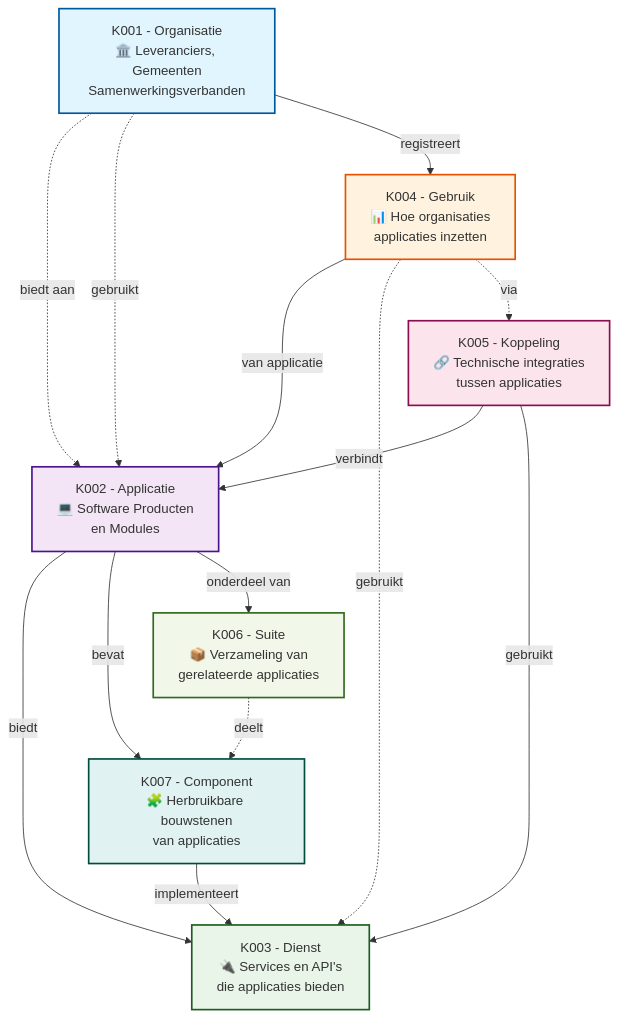
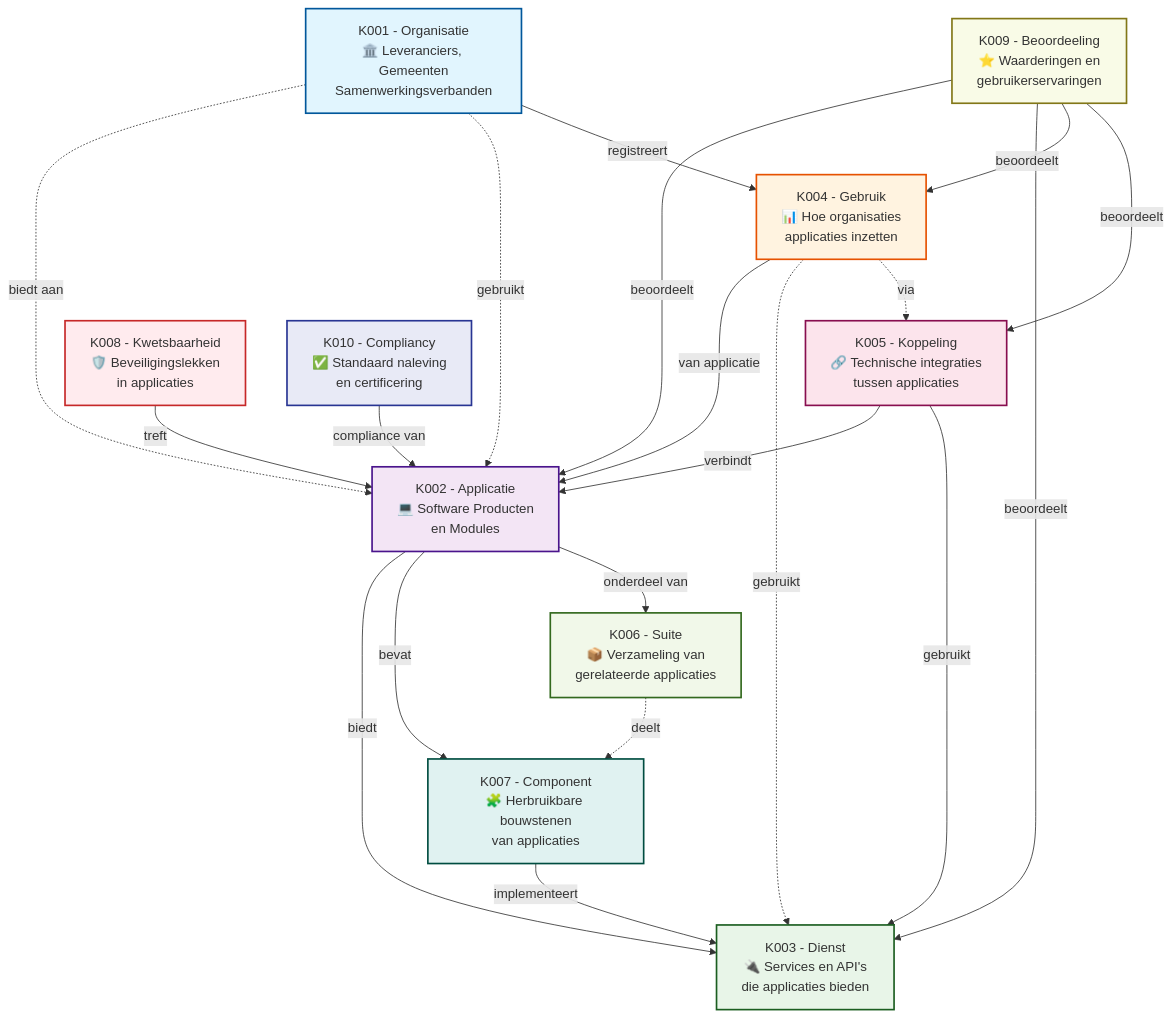
One commit to VNG-Realisatie/Softwarecatalogus changed the diagram in website/docs/Concepten/index.md. Above: the diagram before and after it, drawn with Mermaid. The commit also changed other lines of this file and 10 other files, not shown here.

````diff
--- a/website/docs/Concepten/index.md
+++ b/website/docs/Concepten/index.md
@@ -20,45 +20,62 @@
 ```mermaid
 graph TB
     %% Kern Concepten
     K001[K001 - Organisatie<br/>🏛️ Leveranciers, Gemeenten<br/>Samenwerkingsverbanden]
     K002[K002 - Applicatie<br/>💻 Software Producten<br/>en Modules]
     K003[K003 - Dienst<br/>🔌 Services en API's<br/>die applicaties bieden]
     K004[K004 - Gebruik<br/>📊 Hoe organisaties<br/>applicaties inzetten]
     K005[K005 - Koppeling<br/>🔗 Technische integraties<br/>tussen applicaties]
     K006[K006 - Suite<br/>📦 Verzameling van<br/>gerelateerde applicaties]
     K007[K007 - Component<br/>🧩 Herbruikbare bouwstenen<br/>van applicaties]
+    K008[K008 - Kwetsbaarheid<br/>🛡️ Beveiligingslekken<br/>in applicaties]
+    K009[K009 - Beoordeeling<br/>⭐ Waarderingen en<br/>gebruikerservaringen]
+    K010[K010 - Compliancy<br/>✅ Standaard naleving<br/>en certificering]
 
     %% Primaire Relaties
     K001 -.->|"biedt aan"| K002
     K001 -.->|"gebruikt"| K002
     K002 -->|"biedt"| K003
     K002 -->|"bevat"| K007
     K002 -->|"onderdeel van"| K006
     K001 -->|"registreert"| K004
     K004 -->|"van applicatie"| K002
     K005 -->|"verbindt"| K002
     K005 -->|"gebruikt"| K003
     K007 -->|"implementeert"| K003
+
+    %% Kwaliteit Relaties
+    K008 -->|"treft"| K002
+    K009 -->|"beoordeelt"| K002
+    K009 -->|"beoordeelt"| K003
+    K009 -->|"beoordeelt"| K004
+    K009 -->|"beoordeelt"| K005
+    K010 -->|"compliance van"| K002
 
     %% Secundaire Relaties
     K006 -.->|"deelt"| K007
     K004 -.->|"gebruikt"| K003
     K004 -.->|"via"| K005
 
     %% Styling
     classDef organisatie fill:#e1f5fe,stroke:#01579b,stroke-width:2px
     classDef applicatie fill:#f3e5f5,stroke:#4a148c,stroke-width:2px
     classDef dienst fill:#e8f5e8,stroke:#1b5e20,stroke-width:2px
     classDef gebruik fill:#fff3e0,stroke:#e65100,stroke-width:2px
     classDef koppeling fill:#fce4ec,stroke:#880e4f,stroke-width:2px
     classDef suite fill:#f1f8e9,stroke:#33691e,stroke-width:2px
     classDef component fill:#e0f2f1,stroke:#004d40,stroke-width:2px
+    classDef kwetsbaarheid fill:#ffebee,stroke:#c62828,stroke-width:2px
+    classDef beoordeeling fill:#f9fbe7,stroke:#827717,stroke-width:2px
+    classDef compliancy fill:#e8eaf6,stroke:#283593,stroke-width:2px
 
     class K001 organisatie
     class K002 applicatie
     class K003 dienst
     class K004 gebruik
     class K005 koppeling
     class K006 suite
     class K007 component
+    class K008 kwetsbaarheid
+    class K009 beoordeeling
+    class K010 compliancy
 ```
````
